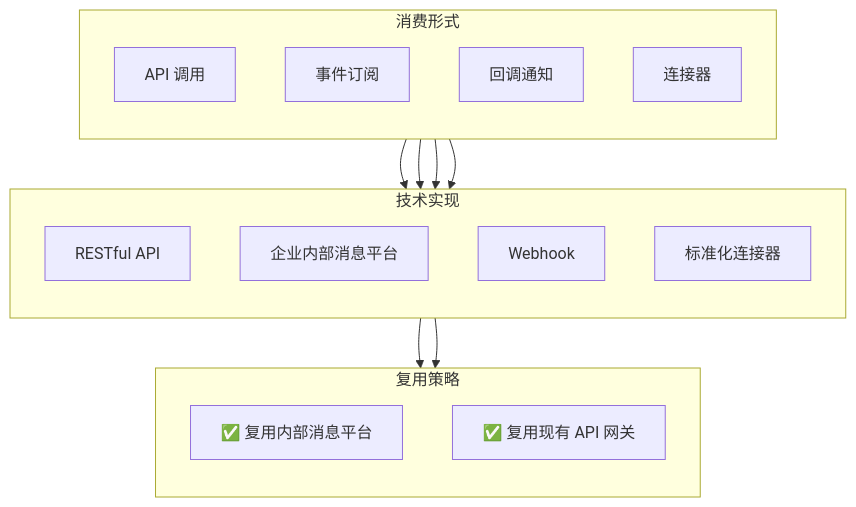
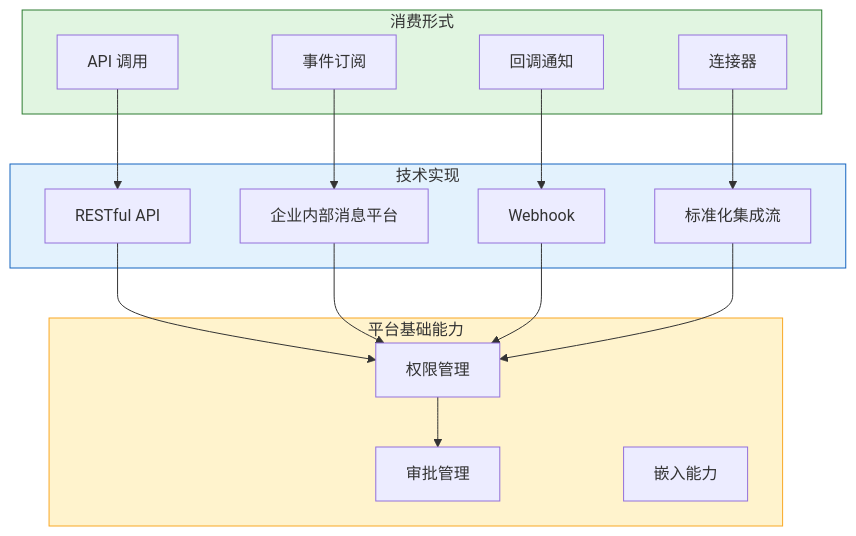
One commit to THZSummer/Product changed the ninth of 12 diagrams in open-app/.sdd/specs-tree-root/specs-tree-capability-open-platform/discovery-report.md. Above: the diagram before and after it, drawn with Mermaid. The commit also changed other lines of this file, not shown here.

Commit message:
refactor: 重构 5.2 能力消费形式，突出差异化与平台复用
- 重构 mermaid 图：展示消费形式 → 技术实现 → 平台基础能力 三层关系
- 新增消费形式对比表：5 个维度对比 API/事件/回调/连接器
- 新增平台能力复用表：明确权限、审批、嵌入在四种形式中的复用逻辑
- 核心理念：异构能力，统一治理

````diff
--- a/open-app/.sdd/specs-tree-root/specs-tree-capability-open-platform/discovery-report.md
+++ b/open-app/.sdd/specs-tree-root/specs-tree-capability-open-platform/discovery-report.md
@@ -471,31 +471,37 @@
 ```mermaid
 flowchart TB
-    subgraph 消费形式
-        direction TB
+    subgraph Forms[消费形式]
         F1[API 调用]
         F2[事件订阅]
         F3[回调通知]
         F4[连接器]
     end
     
-    subgraph 技术实现
-        direction TB
+    subgraph Tech[技术实现]
         T1[RESTful API]
         T2[企业内部消息平台]
         T3[Webhook]
-        T4[标准化连接器]
+        T4[标准化集成流]
     end
     
-    subgraph 复用策略
-        direction TB
-        R1[✅ 复用内部消息平台]
-        R2[✅ 复用现有 API 网关]
+    subgraph Platform[平台基础能力]
+        P1[权限管理]
+        P2[审批管理]
+        P3[嵌入能力]
     end
     
     F1 --> T1
     F2 --> T2
     F3 --> T3
     F4 --> T4
-    T2 --> R1
-    T1 --> R2
+    
+    T1 --> P1
+    T2 --> P1
+    T3 --> P1
+    T4 --> P1
+    P1 --> P2
+    
+    style Forms fill:#e1f5e1,stroke:#2e7d32
+    style Tech fill:#e3f2fd,stroke:#1565c0
+    style Platform fill:#fff3cd,stroke:#f9a825
 ```
````
